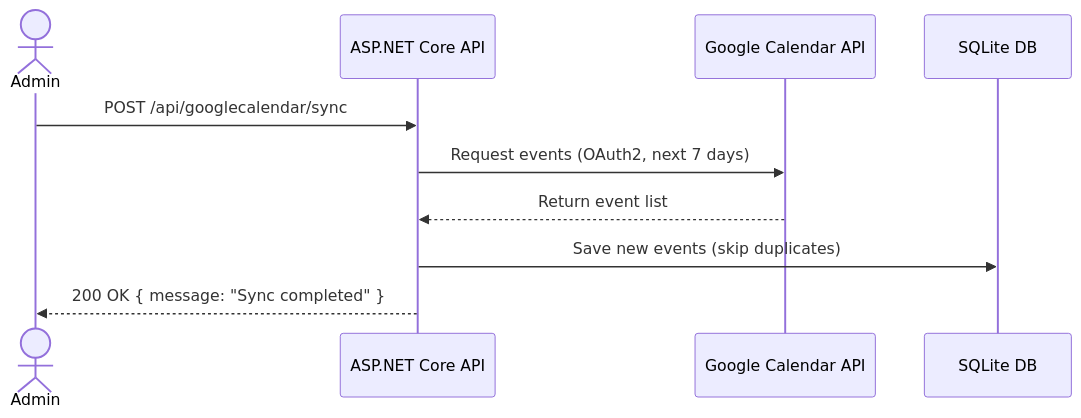
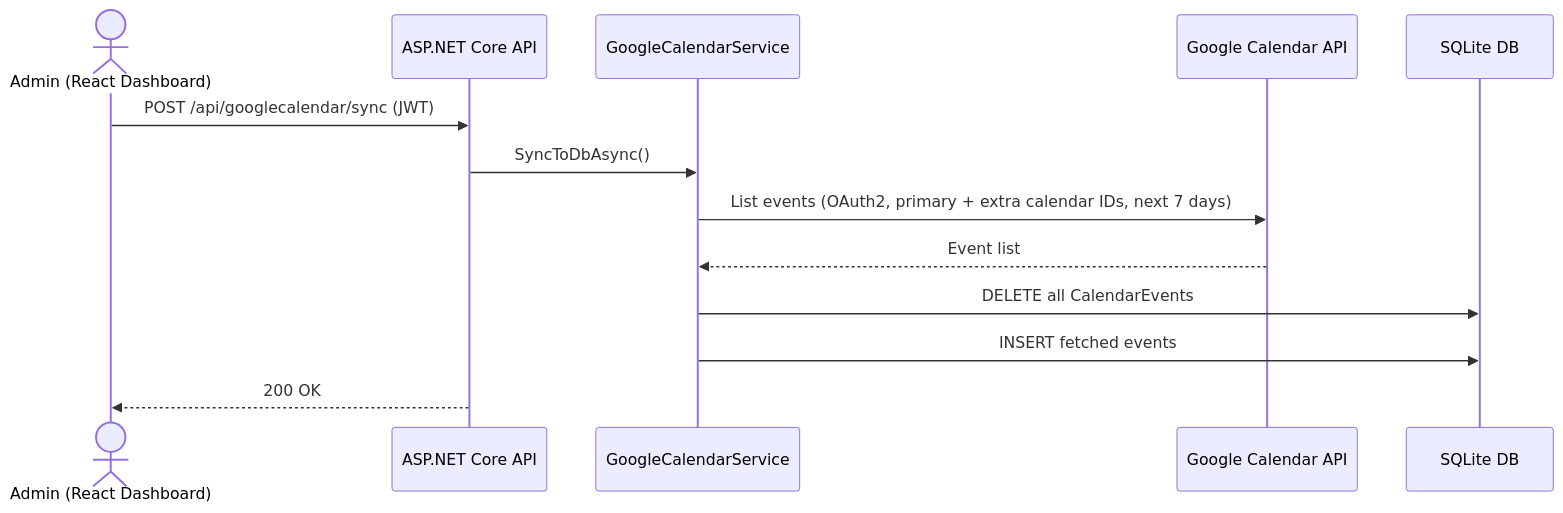
The second of 4 diagrams in docs/sequence-calendar.md (venu21-dev/deskbuddy-system), drawn with Mermaid before and after one commit. The commit also changed other lines of this file and 1 other file, not shown here.

Commit message:
docs: update architecture and sequence diagrams

````diff
--- a/docs/sequence-calendar.md
+++ b/docs/sequence-calendar.md
@@ -5,13 +34,16 @@
 ```mermaid
 sequenceDiagram
-    actor Admin
+    actor Admin as Admin (React Dashboard)
     participant API as ASP.NET Core API
-    participant GCal as Google Calendar API
+    participant GCS as GoogleCalendarService
+    participant GCAL as Google Calendar API
     participant DB as SQLite DB
 
-    Admin->>API: POST /api/googlecalendar/sync
-    API->>GCal: Request events (OAuth2, next 7 days)
-    GCal-->>API: Return event list
-    API->>DB: Save new events (skip duplicates)
-    API-->>Admin: 200 OK { message: "Sync completed" }
+    Admin->>API: POST /api/googlecalendar/sync (JWT)
+    API->>GCS: SyncToDbAsync()
+    GCS->>GCAL: List events (OAuth2, primary + extra calendar IDs, next 7 days)
+    GCAL-->>GCS: Event list
+    GCS->>DB: DELETE all CalendarEvents
+    GCS->>DB: INSERT fetched events
+    API-->>Admin: 200 OK
 ```
````
